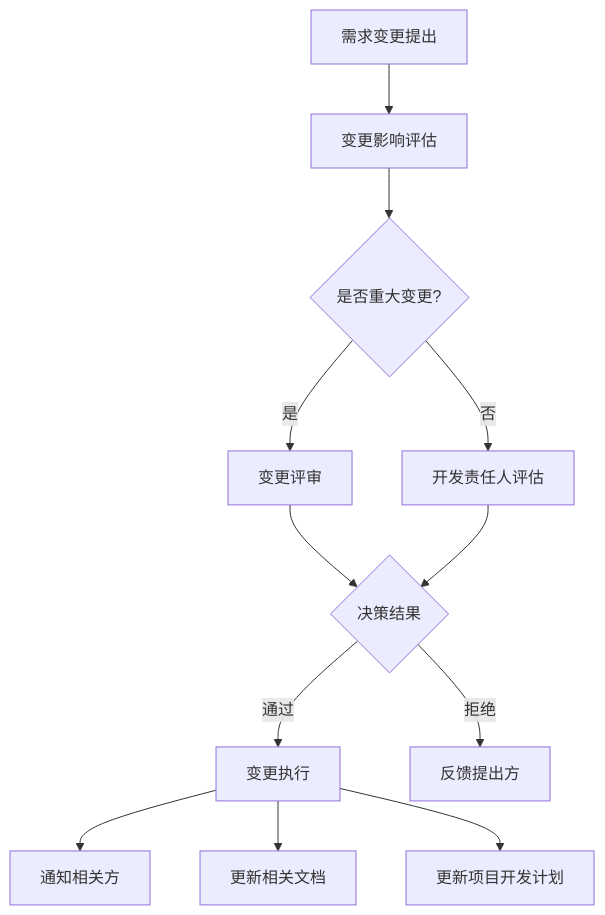
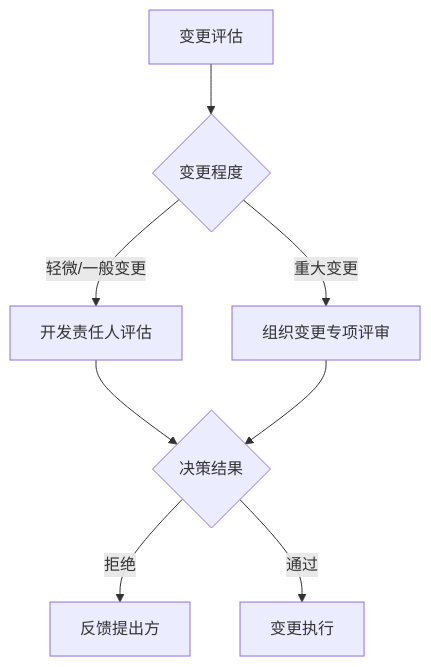
Before and after one commit to Taskon-xyz/PR: the sixth of 11 diagrams in 开发流程图.md, drawn with Mermaid. The commit also changed other lines of this file and 7 other files, not shown here.

````diff
--- a/开发流程图.md
+++ b/开发流程图.md
@@ -141,15 +206,10 @@
 ```mermaid
 flowchart TD
-    A[需求变更提出] --> B[变更影响评估]
-    B --> C{是否重大变更?}
-    C -->|是| D[变更评审]
-    C -->|否| E[开发责任人评估]
-    D --> F{决策结果}
-    E --> F
-    F -->|通过| G[变更执行]
-    F -->|拒绝| H[反馈提出方]
-  
-    G --> I[通知相关方]
-    G --> J[更新相关文档]
-    G --> K[更新项目开发计划]
+    A[变更评估] --> B{变更程度}
+    B -->|轻微/一般变更| C[开发责任人评估]
+    B -->|重大变更| D[组织变更专项评审]
+    C --> E{决策结果}
+    D --> E
+    E -->|拒绝| F[反馈提出方]
+    E -->|通过| G[变更执行]
 ```
````
